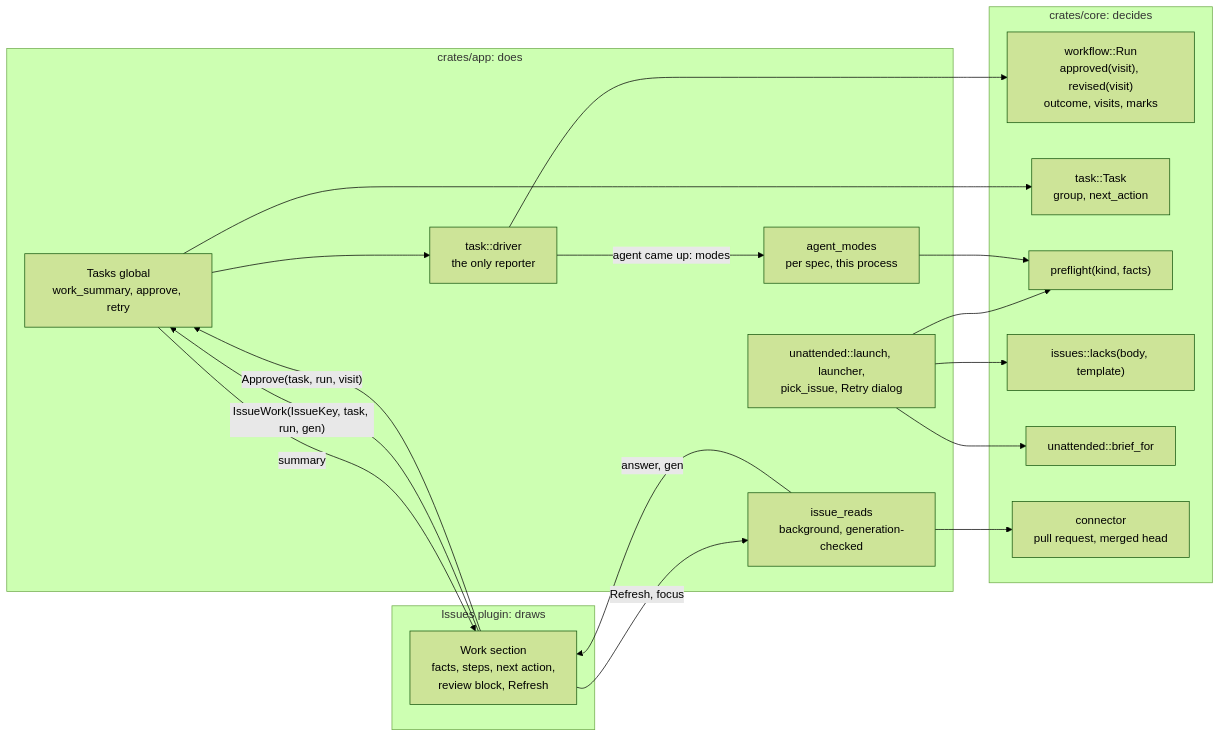
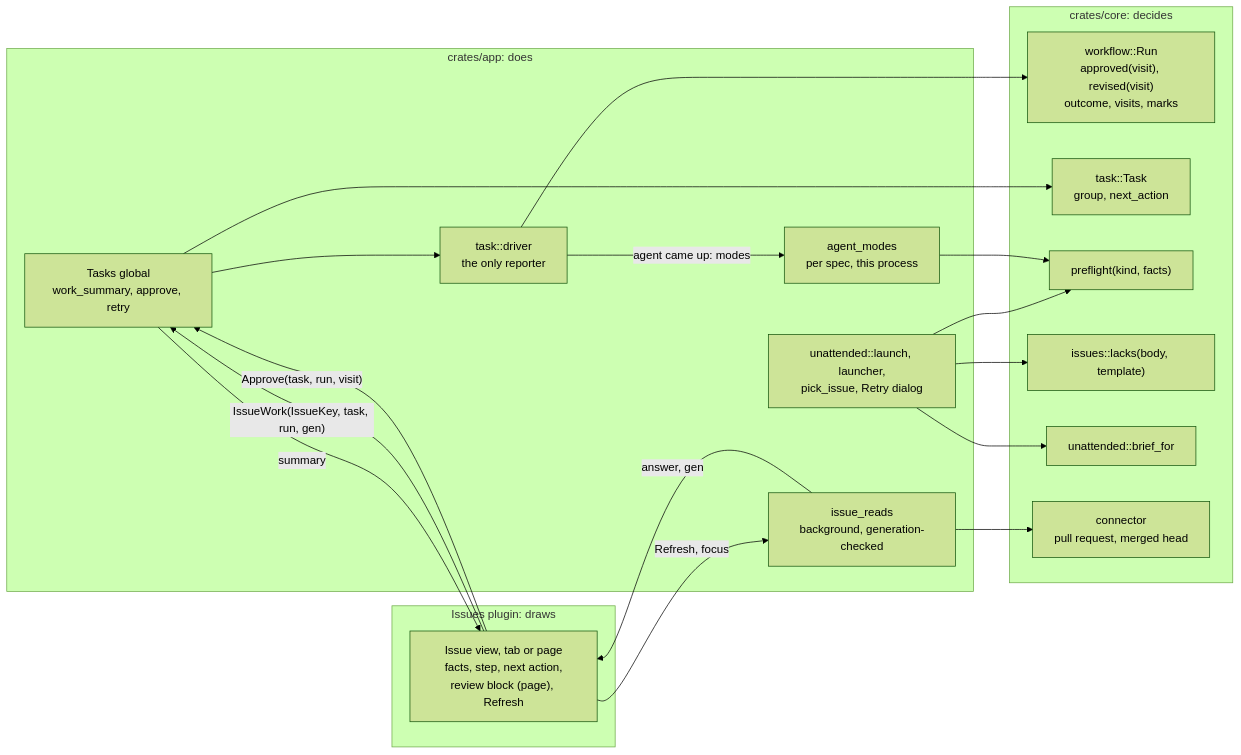
One commit to jarviisha/onehand changed the first of 5 diagrams in docs/proposals/issue-workflows/architecture.md. Above: the diagram before and after it, drawn with Mermaid (forest theme). The commit also changed other lines of this file and 6 other files, not shown here.

Commit message:
docs(proposals): the issue-workflows proposal puts what to do before what is known, and brings the issues page into wave 1

````diff
--- a/docs/proposals/issue-workflows/architecture.md
+++ b/docs/proposals/issue-workflows/architecture.md
@@ -76,36 +76,36 @@
 ```mermaid
 flowchart LR
     subgraph core["crates/core: decides"]
         Run["workflow::Run<br/>approved(visit), revised(visit)<br/>outcome, visits, marks"]
         Task["task::Task<br/>group, next_action"]
         Pre["preflight(kind, facts)"]
         Lacks["issues::lacks(body, template)"]
         Brief["unattended::brief_for"]
         Conn["connector<br/>pull request, merged head"]
     end
     subgraph app["crates/app: does"]
         Tasks["Tasks global<br/>work_summary, approve, retry"]
         Driver["task::driver<br/>the only reporter"]
         Reads["issue_reads<br/>background, generation-checked"]
         Modes["agent_modes<br/>per spec, this process"]
         Launch["unattended::launch, launcher,<br/>pick_issue, Retry dialog"]
     end
     subgraph plugin["Issues plugin: draws"]
-        Work["Work section<br/>facts, steps, next action,<br/>review block, Refresh"]
+        Work["Issue view, tab or page<br/>facts, step, next action,<br/>review block (page), Refresh"]
     end
 
     Work -- "IssueWork(IssueKey, task, run, gen)" --> Tasks
     Work -- "Approve(task, run, visit)" --> Tasks
     Tasks -- "summary" --> Work
     Tasks --> Task
     Tasks --> Driver
     Driver --> Run
     Work -- "Refresh, focus" --> Reads
     Reads --> Conn
     Reads -- "answer, gen" --> Work
     Launch --> Pre
     Modes --> Pre
     Driver -- "agent came up: modes" --> Modes
     Launch --> Lacks
     Launch --> Brief
 ```
````
